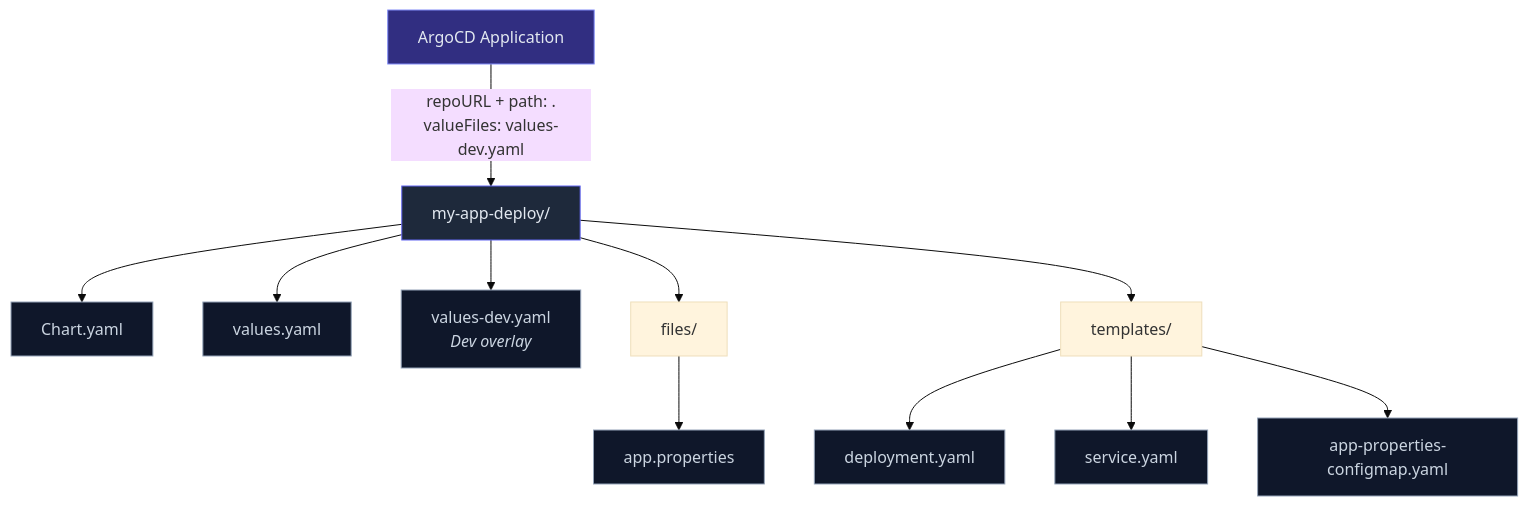
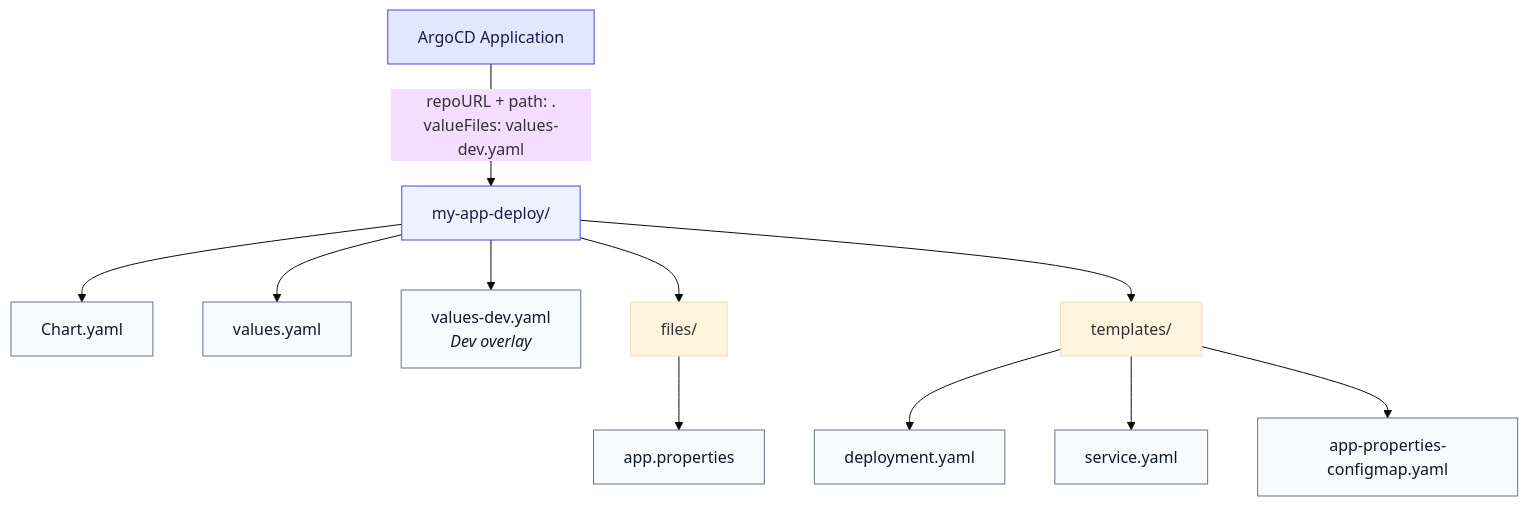
The fifth of 8 diagrams in SA_Guild_Architecture.md (ashir321/work), drawn with Mermaid (base theme) before and after one commit. The commit also changed other lines of this file, not shown here.

First line of the commit message:
Switch architecture diagrams to white/light theme

````diff
--- a/SA_Guild_Architecture.md
+++ b/SA_Guild_Architecture.md
@@ -214,25 +214,25 @@
 ```mermaid
 flowchart TD
     ROOT["my-app-deploy/"]
 
     ROOT --> CHART["Chart.yaml"]
     ROOT --> VALUES["values.yaml"]
     ROOT --> VALUES_DEV["values-dev.yaml<br/><i>Dev overlay</i>"]
     ROOT --> FILES["files/"]
     ROOT --> TEMPLATES["templates/"]
 
     FILES --> PROPS["app.properties"]
     TEMPLATES --> DEPLOY_YAML["deployment.yaml"]
     TEMPLATES --> SVC["service.yaml"]
     TEMPLATES --> CM["app-properties-configmap.yaml"]
 
   ARGO["ArgoCD Application"] -->|"repoURL + path: .<br/>valueFiles: values-dev.yaml"| ROOT
 
-    classDef folder fill:#1e293b,stroke:#6366f1,color:#e2e8f0
-    classDef file fill:#0f172a,stroke:#94a3b8,color:#cbd5e1
-    classDef watcher fill:#312e81,stroke:#818cf8,color:#e2e8f0
+    classDef folder fill:#eef2ff,stroke:#4f46e5,color:#1e1b4b
+    classDef file fill:#f8fafc,stroke:#64748b,color:#0f172a
+    classDef watcher fill:#e0e7ff,stroke:#4f46e5,color:#1e1b4b
 
     class ROOT folder
     class CHART,VALUES,VALUES_DEV,PROPS,DEPLOY_YAML,SVC,CM file
     class ARGO watcher
 ```
````
